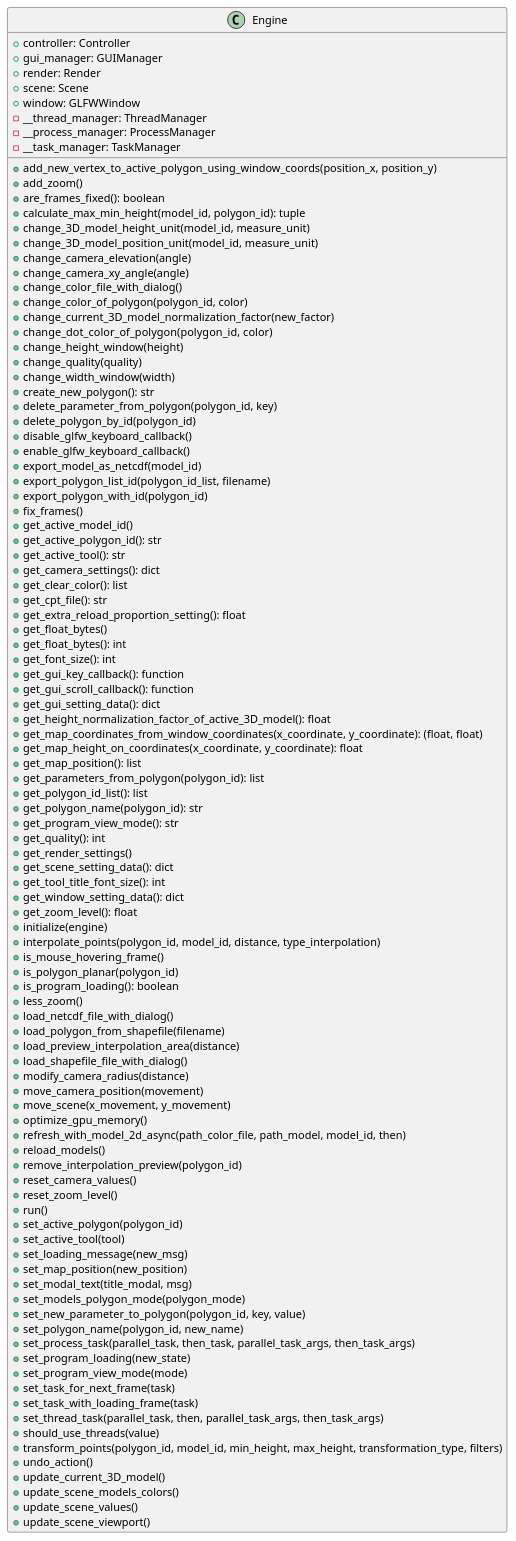
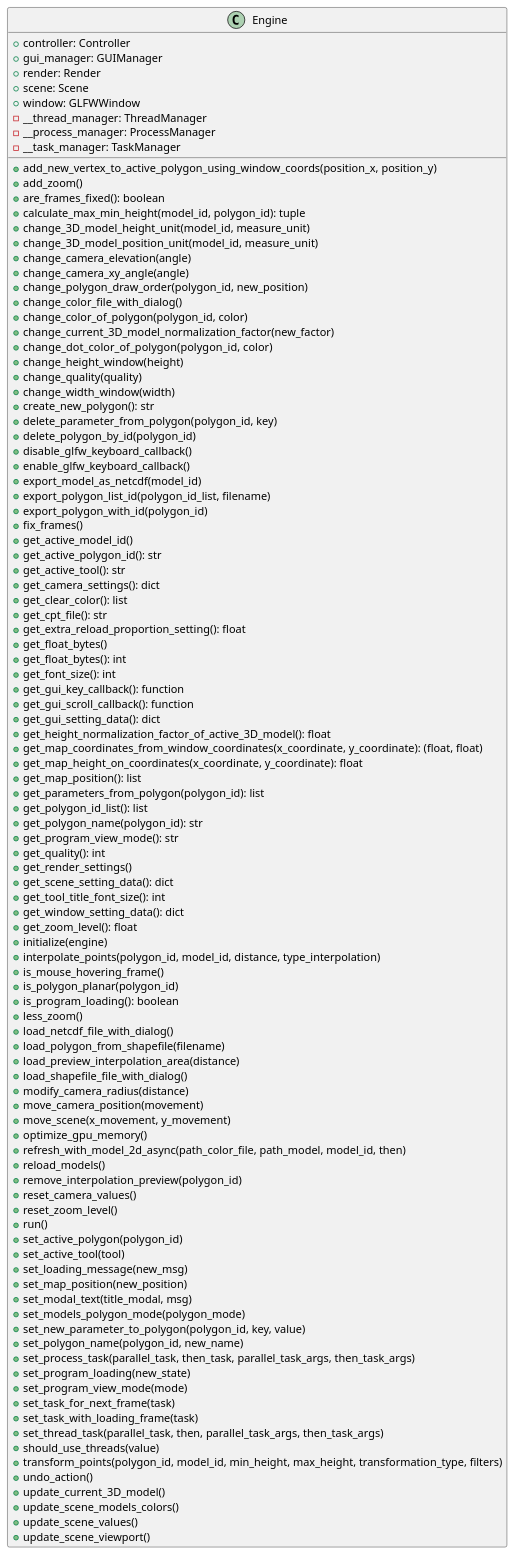
Before and after one commit to ferpoble2/Relief_Creator: the diagram in docs/classes/Engine.puml, drawn with PlantUML. The commit also changed 1 other file, not shown here.

Commit message:
Added method change_polygon_draw_order to engine class

```diff
--- a/docs/classes/Engine.puml
+++ b/docs/classes/Engine.puml
@@ -1,106 +1,107 @@
 @startuml
 class Engine {
     + controller: Controller
     + gui_manager: GUIManager
     + render: Render
     + scene: Scene
     + window: GLFWWindow
     - __thread_manager: ThreadManager
     - __process_manager: ProcessManager
     - __task_manager: TaskManager
 
     + add_new_vertex_to_active_polygon_using_window_coords(position_x, position_y)
     + add_zoom()
     + are_frames_fixed(): boolean
     + calculate_max_min_height(model_id, polygon_id): tuple
     + change_3D_model_height_unit(model_id, measure_unit)
     + change_3D_model_position_unit(model_id, measure_unit)
     + change_camera_elevation(angle)
     + change_camera_xy_angle(angle)
+    + change_polygon_draw_order(polygon_id, new_position)
     + change_color_file_with_dialog()
     + change_color_of_polygon(polygon_id, color)
     + change_current_3D_model_normalization_factor(new_factor)
     + change_dot_color_of_polygon(polygon_id,  color)
     + change_height_window(height)
     + change_quality(quality)
     + change_width_window(width)
     + create_new_polygon(): str
     + delete_parameter_from_polygon(polygon_id, key)
     + delete_polygon_by_id(polygon_id)
     + disable_glfw_keyboard_callback()
     + enable_glfw_keyboard_callback()
     + export_model_as_netcdf(model_id)
     + export_polygon_list_id(polygon_id_list, filename)
     + export_polygon_with_id(polygon_id)
     + fix_frames()
     + get_active_model_id()
     + get_active_polygon_id(): str
     + get_active_tool(): str
     + get_camera_settings(): dict
     + get_clear_color(): list
     + get_cpt_file(): str
     + get_extra_reload_proportion_setting(): float
     + get_float_bytes()
     + get_float_bytes(): int
     + get_font_size(): int
     + get_gui_key_callback(): function
     + get_gui_scroll_callback(): function
     + get_gui_setting_data(): dict
     + get_height_normalization_factor_of_active_3D_model(): float
     + get_map_coordinates_from_window_coordinates(x_coordinate, y_coordinate): (float, float)
     + get_map_height_on_coordinates(x_coordinate, y_coordinate): float
     + get_map_position(): list
     + get_parameters_from_polygon(polygon_id): list
     + get_polygon_id_list(): list
     + get_polygon_name(polygon_id): str
     + get_program_view_mode(): str
     + get_quality(): int
     + get_render_settings()
     + get_scene_setting_data(): dict
     + get_tool_title_font_size(): int
     + get_window_setting_data(): dict
     + get_zoom_level(): float
     + initialize(engine)
     + interpolate_points(polygon_id, model_id, distance, type_interpolation)
     + is_mouse_hovering_frame()
     + is_polygon_planar(polygon_id)
     + is_program_loading(): boolean
     + less_zoom()
     + load_netcdf_file_with_dialog()
     + load_polygon_from_shapefile(filename)
     + load_preview_interpolation_area(distance)
     + load_shapefile_file_with_dialog()
     + modify_camera_radius(distance)
     + move_camera_position(movement)
     + move_scene(x_movement, y_movement)
     + optimize_gpu_memory()
     + refresh_with_model_2d_async(path_color_file, path_model, model_id, then)
     + reload_models()
     + remove_interpolation_preview(polygon_id)
     + reset_camera_values()
     + reset_zoom_level()
     + run()
     + set_active_polygon(polygon_id)
     + set_active_tool(tool)
     + set_loading_message(new_msg)
     + set_map_position(new_position)
     + set_modal_text(title_modal, msg)
     + set_models_polygon_mode(polygon_mode)
     + set_new_parameter_to_polygon(polygon_id, key, value)
     + set_polygon_name(polygon_id, new_name)
     + set_process_task(parallel_task, then_task, parallel_task_args, then_task_args)
     + set_program_loading(new_state)
     + set_program_view_mode(mode)
     + set_task_for_next_frame(task)
     + set_task_with_loading_frame(task)
     + set_thread_task(parallel_task, then, parallel_task_args, then_task_args)
     + should_use_threads(value)
     + transform_points(polygon_id, model_id, min_height, max_height, transformation_type, filters)
     + undo_action()
     + update_current_3D_model()
     + update_scene_models_colors()
     + update_scene_values()
     + update_scene_viewport()
 }
 
 @enduml
```
